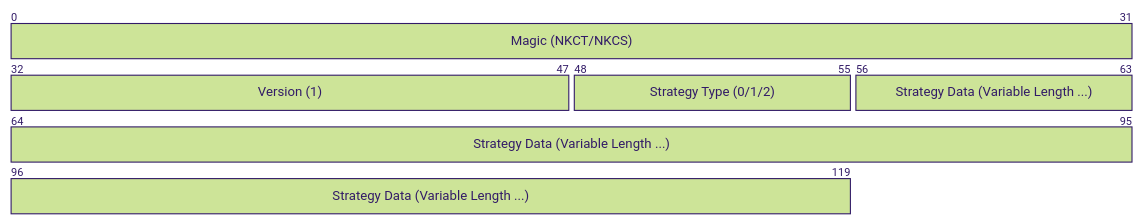
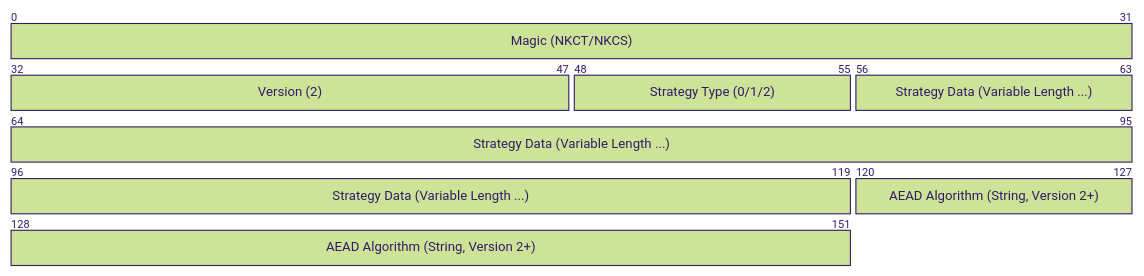
One commit to nkoriyama/nkCryptoTool changed the second of 10 diagrams in README.md. Above: the diagram before and after it, drawn with Mermaid (forest theme). The commit also changed other lines of this file and 11 other files, not shown here.

````diff
--- a/README.md
+++ b/README.md
@@ -227,7 +234,8 @@
 ```mermaid
 packet-beta
 0-31: "Magic (NKCT/NKCS)"
-32-47: "Version (1)"
+32-47: "Version (2)"
 48-55: "Strategy Type (0/1/2)"
 56-119: "Strategy Data (Variable Length ...)"
+120-151: "AEAD Algorithm (String, Version 2+)"
 ```
````
